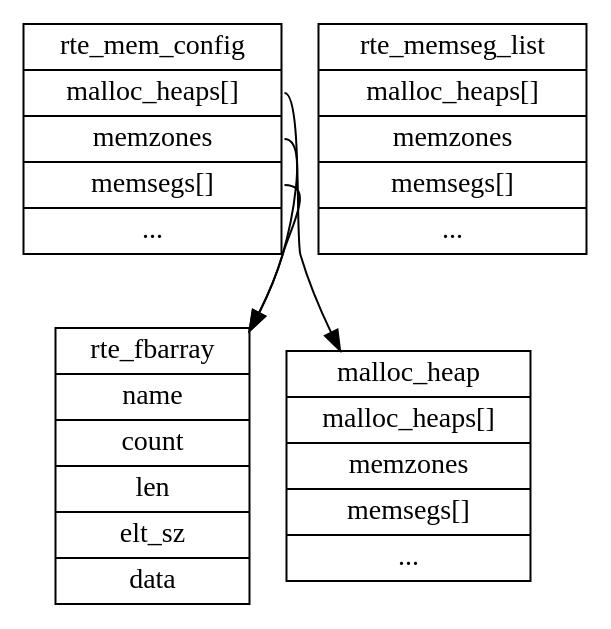
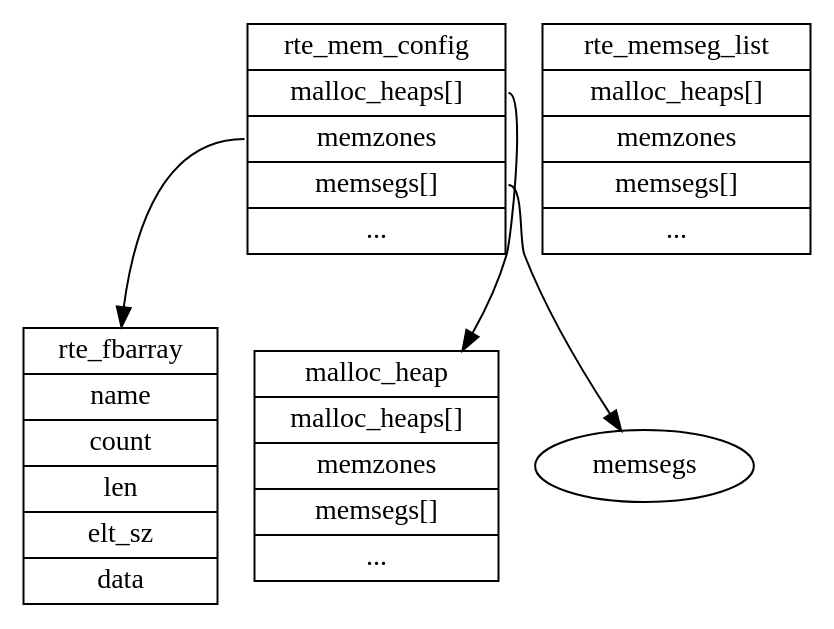
The diagram in dpdk/内存管理.md (sisyphus1212/note), drawn with Graphviz before and after one commit.

Commit message:
auto_update

````diff
--- a/dpdk/内存管理.md
+++ b/dpdk/内存管理.md
@@ -16,48 +16,48 @@
 ```graphviz
 digraph {
 	rte_mem_config[
 		label = "{
 		<f0>rte_mem_config|
         <f1>malloc_heaps[]|
 		<f2>memzones|
 		<f3>memsegs[]|
 		<f4>...
 		}",
 		shape = "record"
 	];
 	rte_fbarray[
 		label = "{
 		rte_fbarray|
         name|
 		count|
 		len|
 		elt_sz|
 		data
 		}",
 		shape = "record"
 	];
 	rte_memseg_list[
 		label = "{
 		<f0>rte_memseg_list|
 		<f1>malloc_heaps[]|
 		<f2>memzones|
 		<f3>memsegs[]|
 		<f4>...
 		}",
 		shape = "record"
 	];
 	malloc_heap[
 		label = "{
 		malloc_heap|
         malloc_heaps[]|
 		memzones|
 		memsegs[]|
 		...
 		}",
 		shape = "record"
 	];
 	rte_mem_config:f1 -> malloc_heap
 	rte_mem_config:f2 -> rte_fbarray
-	rte_mem_config:f3 -> rte_fbarray
+	rte_mem_config:f3 -> memsegs
 }
 ```
````
